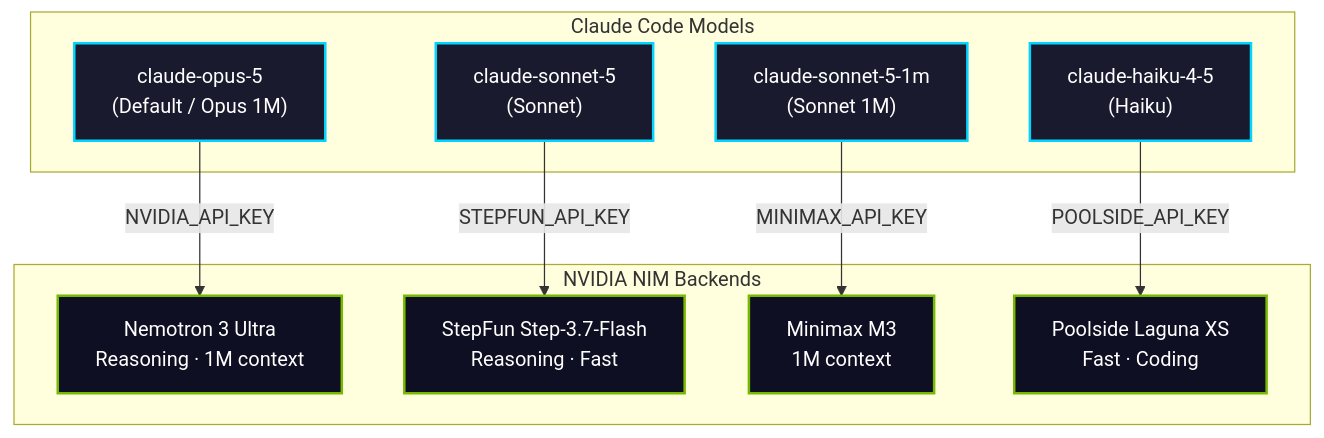
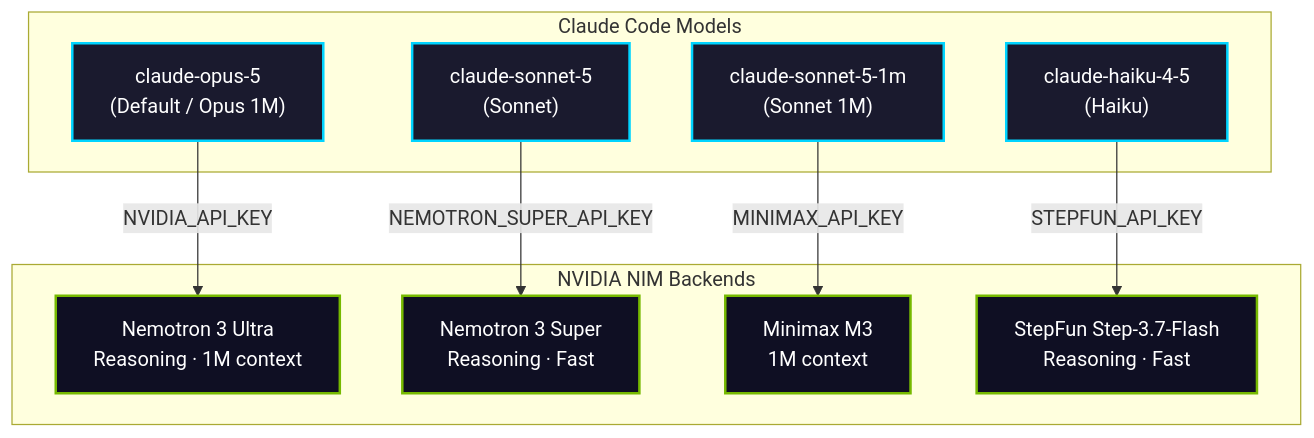
One commit to S-V-J/myclaude changed the second of 3 diagrams in README.md. Above: the diagram before and after it, drawn with Mermaid. The commit also changed other lines of this file and 9 other files, not shown here.

````diff
--- a/README.md
+++ b/README.md
@@ -86,27 +96,27 @@
 ```mermaid
 flowchart TB
     subgraph Claude["Claude Code Models"]
         CO5["claude-opus-5\n(Default / Opus 1M)"]
         CS5["claude-sonnet-5\n(Sonnet)"]
         CS51M["claude-sonnet-5-1m\n(Sonnet 1M)"]
         CH45["claude-haiku-4-5\n(Haiku)"]
     end
 
     subgraph NVIDIA["NVIDIA NIM Backends"]
         NEMO["Nemotron 3 Ultra\nReasoning · 1M context"]
+        NEMOS["Nemotron 3 Super\nReasoning · Fast"]
+        MINI["Minimax M3\n1M context"]
         STEP["StepFun Step-3.7-Flash\nReasoning · Fast"]
-        MINI["Minimax M3\n1M context"]
-        POOL["Poolside Laguna XS\nFast · Coding"]
     end
 
     CO5 -->|NVIDIA_API_KEY| NEMO
-    CS5 -->|STEPFUN_API_KEY| STEP
+    CS5 -->|NEMOTRON_SUPER_API_KEY| NEMOS
     CS51M -->|MINIMAX_API_KEY| MINI
-    CH45 -->|POOLSIDE_API_KEY| POOL
+    CH45 -->|STEPFUN_API_KEY| STEP
 
     classDef claude fill:#1a1a2e,stroke:#00d4ff,stroke-width:2px,color:#fff
     classDef nvidia fill:#0f0f23,stroke:#76b900,stroke-width:2px,color:#fff
 
     class CO5,CS5,CS51M,CH45 claude
-    class NEMO,STEP,MINI,POOL nvidia
+    class NEMO,NEMOS,MINI,STEP nvidia
 ```
````
